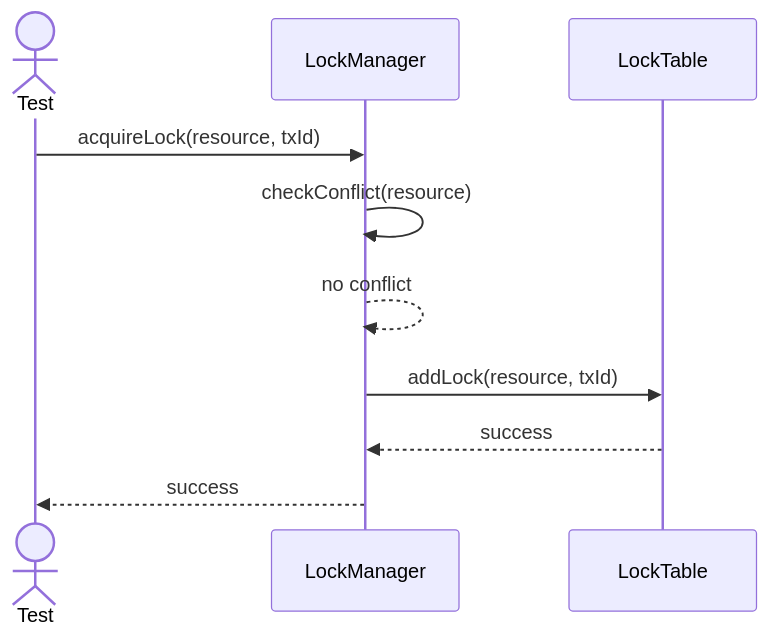
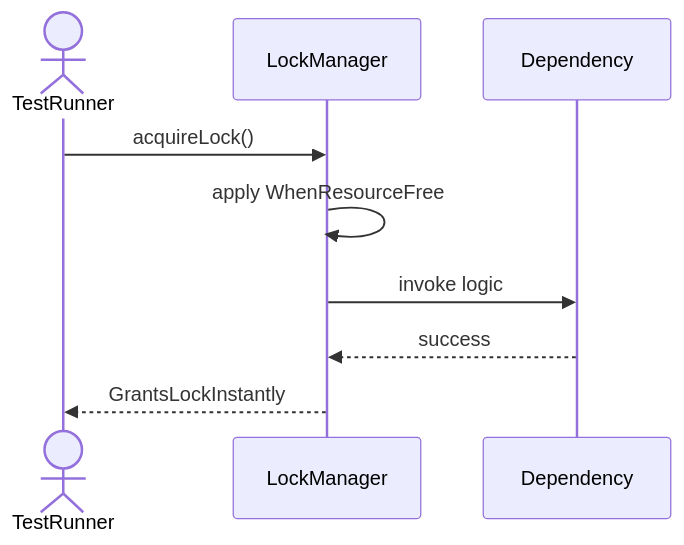
One commit to TamBui1706/DBMS changed the first of 8 diagrams in Sequences/TransactionManagement/LockManager.md. Above: the diagram before and after it, drawn with Mermaid. The commit also changed other lines of this file and 63 other files, not shown here.

Commit message:
Draw sequence diagram for unit tests

````diff
--- a/Sequences/TransactionManagement/LockManager.md
+++ b/Sequences/TransactionManagement/LockManager.md
@@ -16,13 +19,10 @@
 ```mermaid
 sequenceDiagram
-    actor Test
+    actor TestRunner
     participant LockManager
-    participant LockTable
-
-    Test->>LockManager: acquireLock(resource, txId)
-    LockManager->>LockManager: checkConflict(resource)
-    LockManager-->>LockManager: no conflict
-    LockManager->>LockTable: addLock(resource, txId)
-    LockTable-->>LockManager: success
-    LockManager-->>Test: success
+    TestRunner->>LockManager: acquireLock()
+    LockManager->>LockManager: apply WhenResourceFree
+    LockManager->>Dependency: invoke logic
+    Dependency-->>LockManager: success
+    LockManager-->>TestRunner: GrantsLockInstantly
 ```
````
